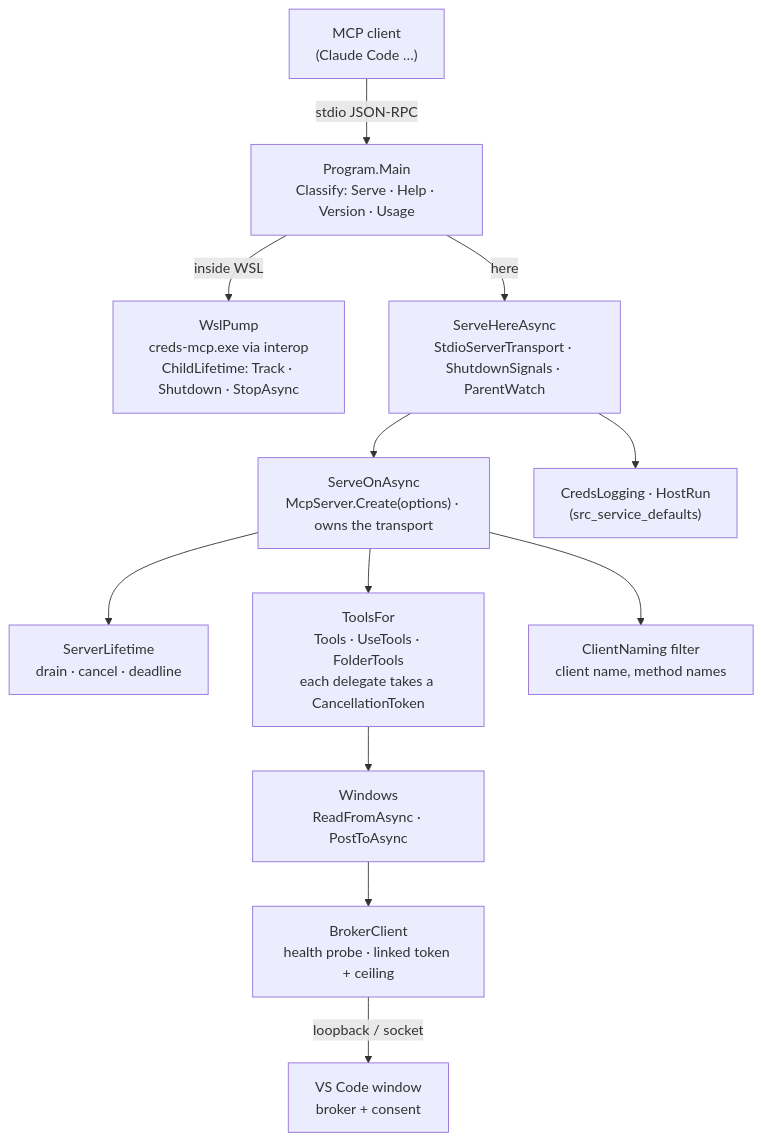
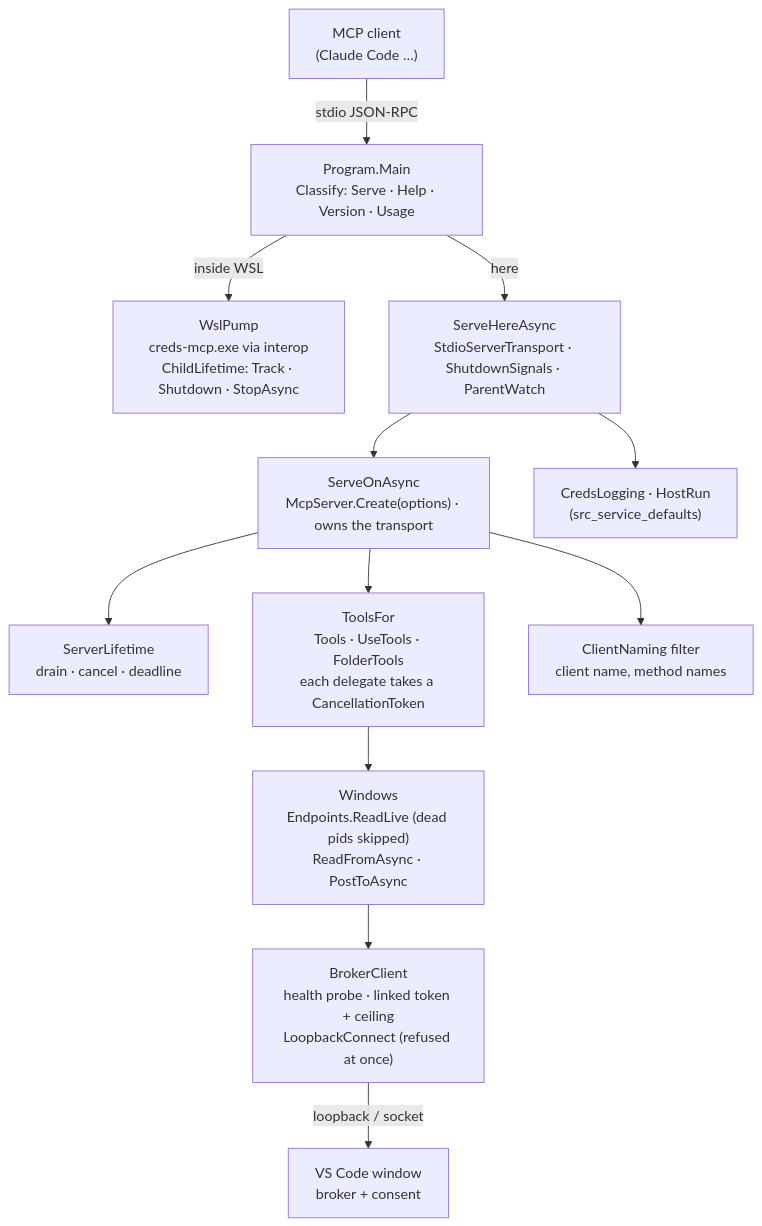
The diagram in research/module_mcp.md (oleksandrdubyna88/dew_flow_creds_for_devs), drawn with Mermaid before and after one commit. The commit also changed other lines of this file and 26 other files, not shown here.

````diff
--- a/research/module_mcp.md
+++ b/research/module_mcp.md
@@ -31,14 +31,14 @@
 ```mermaid
 flowchart TB
     client["MCP client<br/>(Claude Code …)"] -- "stdio JSON-RPC" --> main["Program.Main<br/>Classify: Serve · Help · Version · Usage"]
     main -->|"inside WSL"| pump["WslPump<br/>creds-mcp.exe via interop<br/>ChildLifetime: Track · Shutdown · StopAsync"]
     main -->|"here"| serve["ServeHereAsync<br/>StdioServerTransport · ShutdownSignals · ParentWatch"]
     serve --> on["ServeOnAsync<br/>McpServer.Create(options) · owns the transport"]
     on --> life["ServerLifetime<br/>drain · cancel · deadline"]
     on --> tools["ToolsFor<br/>Tools · UseTools · FolderTools<br/>each delegate takes a CancellationToken"]
-    tools --> windows["Windows<br/>ReadFromAsync · PostToAsync"]
-    windows --> broker["BrokerClient<br/>health probe · linked token + ceiling"]
+    tools --> windows["Windows<br/>Endpoints.ReadLive (dead pids skipped)<br/>ReadFromAsync · PostToAsync"]
+    windows --> broker["BrokerClient<br/>health probe · linked token + ceiling<br/>LoopbackConnect (refused at once)"]
     broker -- "loopback / socket" --> window["VS Code window<br/>broker + consent"]
     on --> naming["ClientNaming filter<br/>client name, method names"]
     serve --> log["CredsLogging · HostRun<br/>(src_service_defaults)"]
 ```
````
